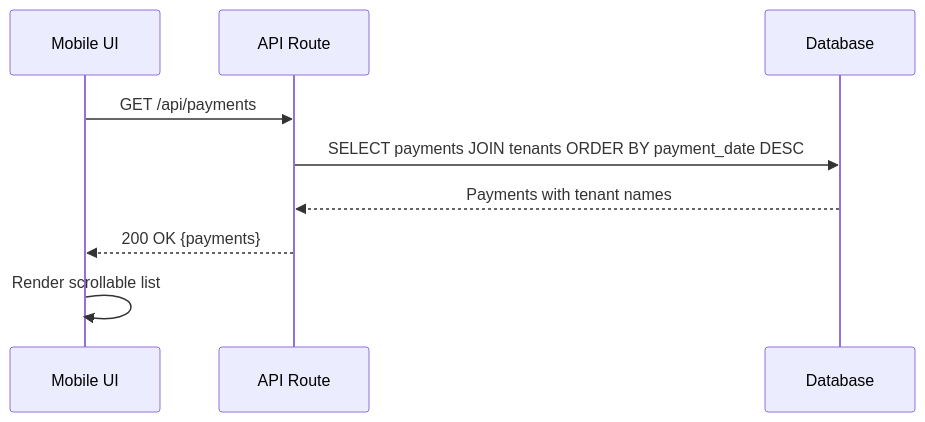
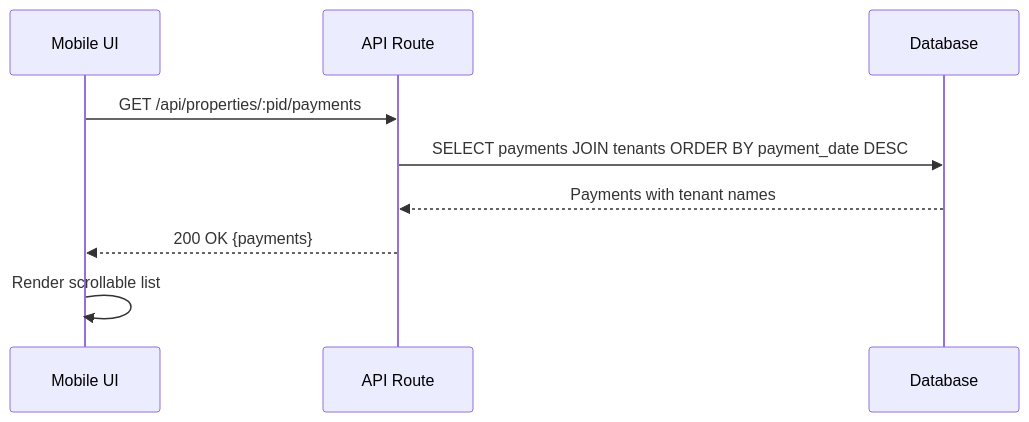
The fourth of 4 diagrams in specs/payment-recording/design.md (ahmadfadhil621/e-kost), drawn with Mermaid before and after one commit. The commit also changed other lines of this file and 14 other files, not shown here.

````diff
--- a/specs/payment-recording/design.md
+++ b/specs/payment-recording/design.md
@@ -89,12 +88,12 @@
 ```mermaid
 sequenceDiagram
     participant UI as Mobile UI
     participant API as API Route
     participant DB as Database
     
-    UI->>API: GET /api/payments
+    UI->>API: GET /api/properties/:pid/payments
     API->>DB: SELECT payments JOIN tenants ORDER BY payment_date DESC
     DB-->>API: Payments with tenant names
     API-->>UI: 200 OK {payments}
     UI->>UI: Render scrollable list
 ```
````
